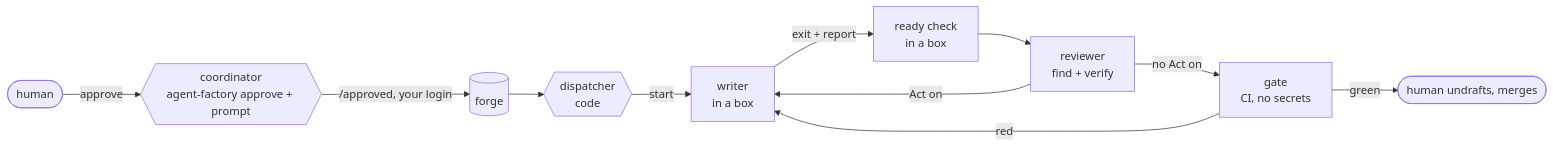
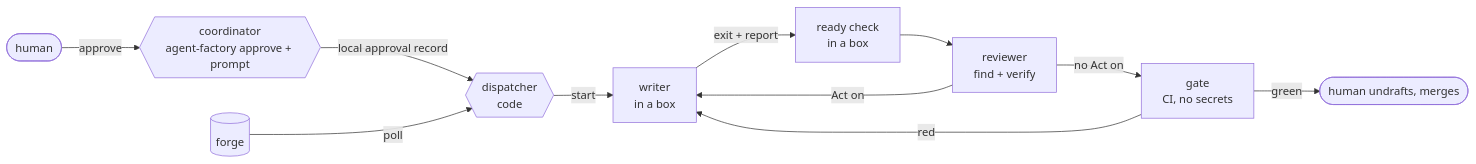
The first of 2 diagrams in README.md (chiyanram/agent-factory), drawn with Mermaid before and after one commit. The commit also changed other lines of this file and 6 other files, not shown here.

````diff
--- a/README.md
+++ b/README.md
@@ -55,13 +55,13 @@
 ```mermaid
 flowchart LR
     H([human]) -- "approve" --> C{{coordinator<br/>agent-factory approve + prompt}}
-    C -- "/approved, your login" --> F[(forge)]
-    F --> D{{dispatcher<br/>code}}
+    C -- "local approval record" --> D{{dispatcher<br/>code}}
+    F[(forge)] -- poll --> D
     D -- start --> W[writer<br/>in a box]
     W -- "exit + report" --> RC[ready check<br/>in a box]
     RC --> R[reviewer<br/>find + verify]
     R -- "Act on" --> W
     R -- "no Act on" --> G[gate<br/>CI, no secrets]
     G -- red --> W
     G -- green --> H2([human undrafts, merges])
 ```
````
